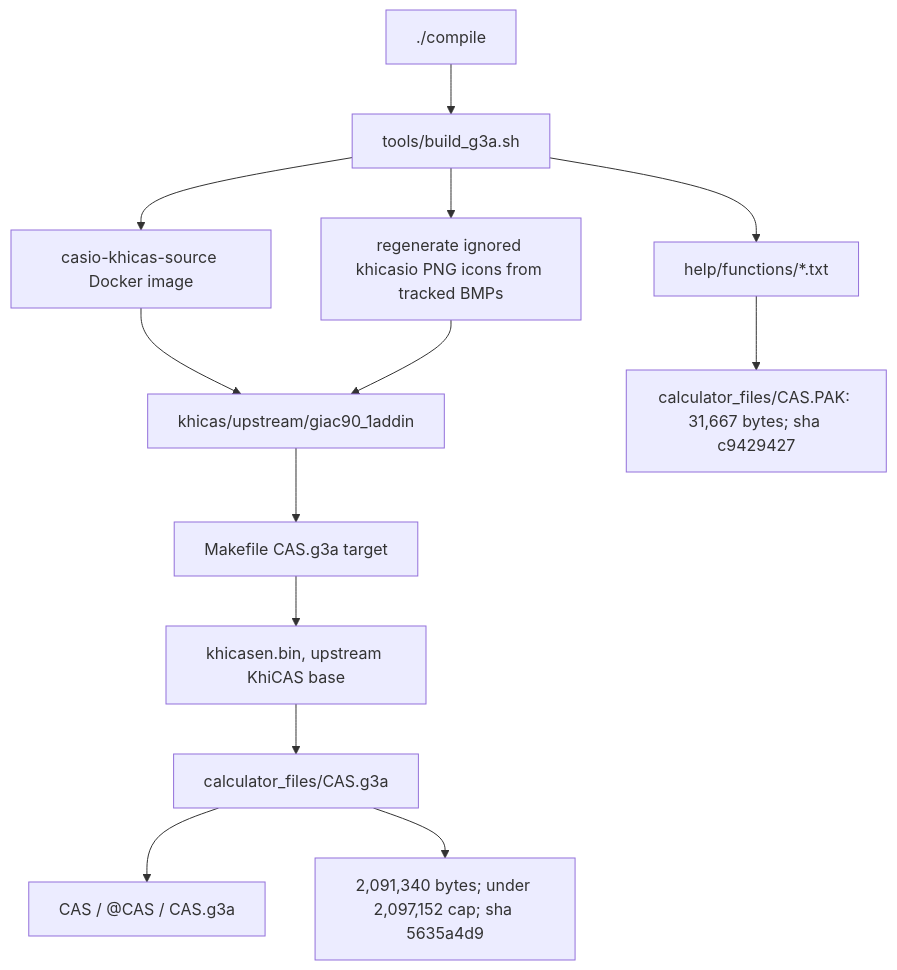
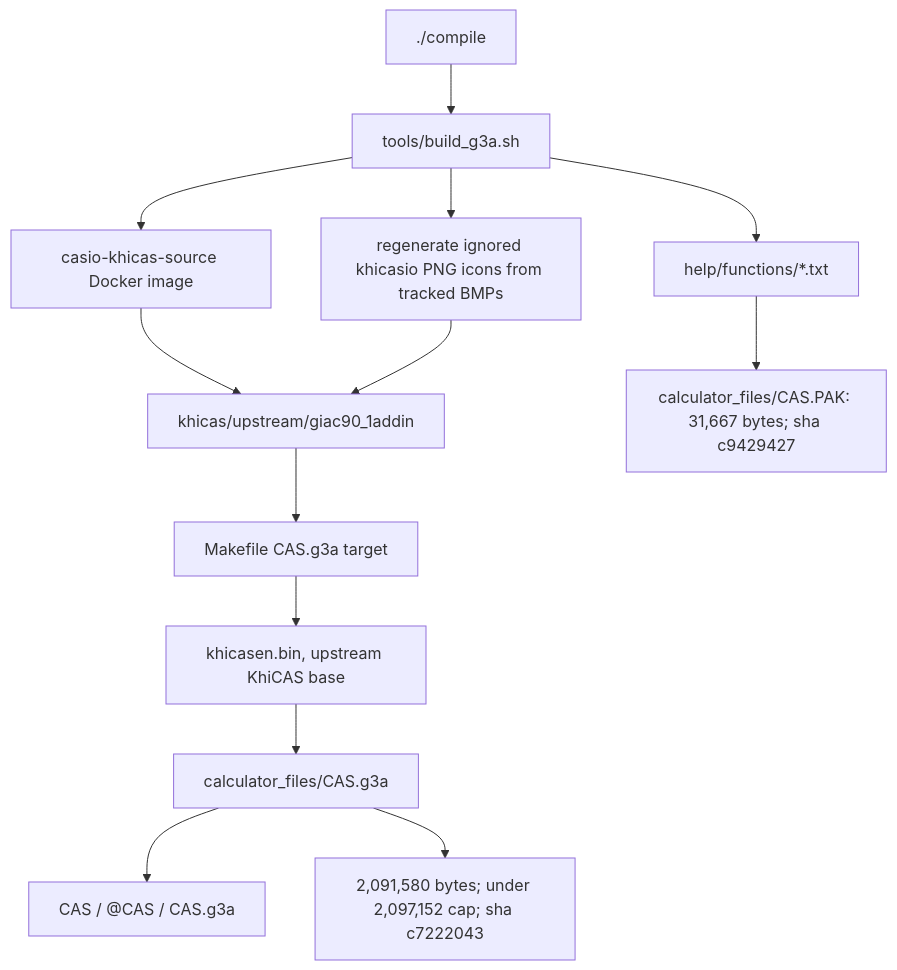
One commit to james8464/notes-addin-casio-fx-cg50 changed the first of 6 diagrams in docs/GRAPH.md. Above: the diagram before and after it, drawn with Mermaid. The commit also changed other lines of this file and 5 other files, not shown here.

````diff
--- a/docs/GRAPH.md
+++ b/docs/GRAPH.md
@@ -7,15 +7,15 @@
 ```mermaid
 graph TD
   Compile["./compile"] --> Build["tools/build_g3a.sh"]
   Build --> Docker["casio-khicas-source Docker image"]
   Docker --> Src["khicas/upstream/giac90_1addin"]
   Build --> Icons["regenerate ignored khicasio PNG icons from tracked BMPs"]
   Icons --> Src
   Src --> Make["Makefile CAS.g3a target"]
   Make --> Bin["khicasen.bin, upstream KhiCAS base"]
   Bin --> G3A["calculator_files/CAS.g3a"]
   Build --> Help["help/functions/*.txt"]
   Help --> PAK["calculator_files/CAS.PAK: 31,667 bytes; sha c9429427"]
   G3A --> Meta["CAS / @CAS / CAS.g3a"]
-  G3A --> Size["2,091,340 bytes; under 2,097,152 cap; sha 5635a4d9"]
+  G3A --> Size["2,091,580 bytes; under 2,097,152 cap; sha c7222043"]
 ```
````
